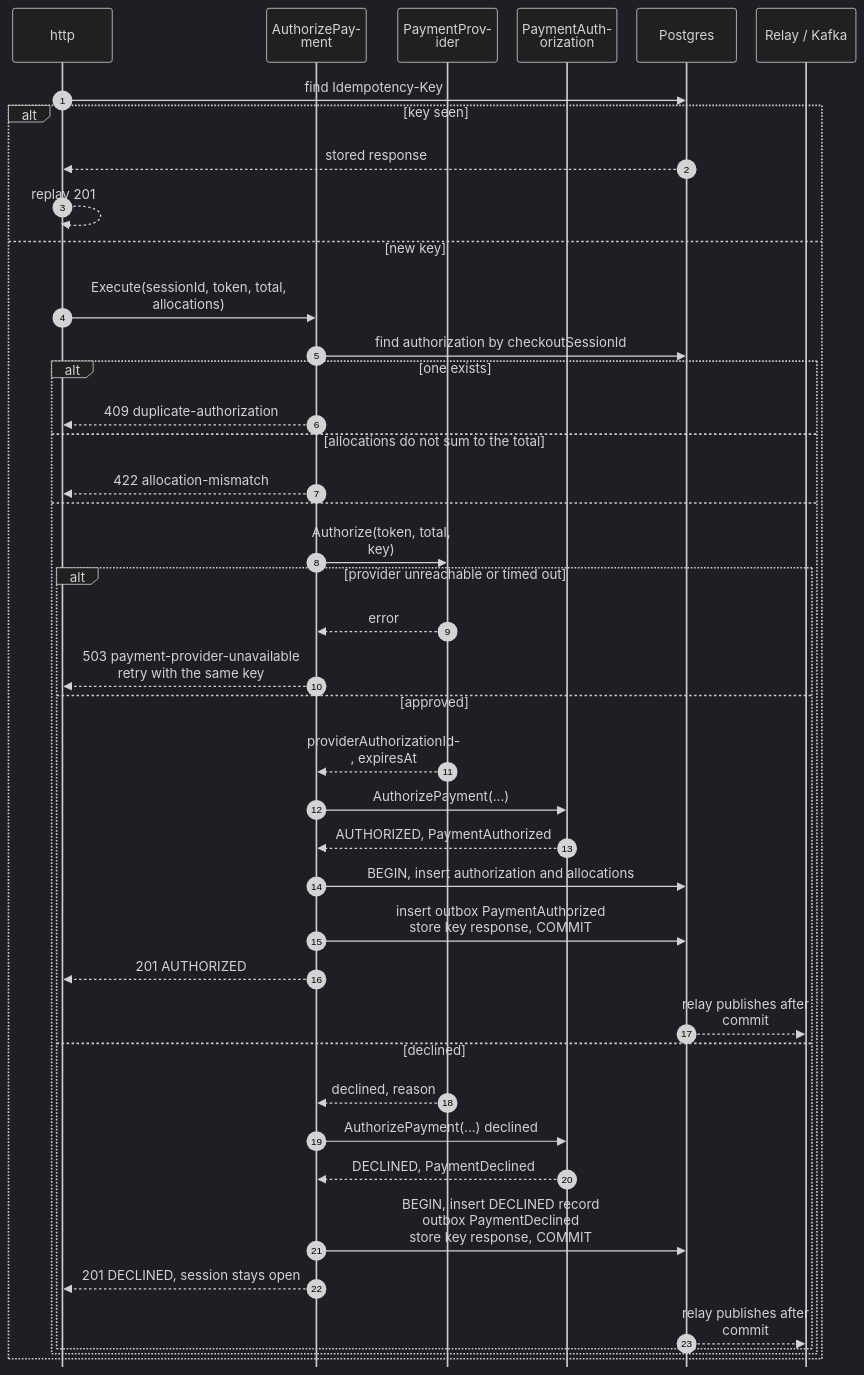
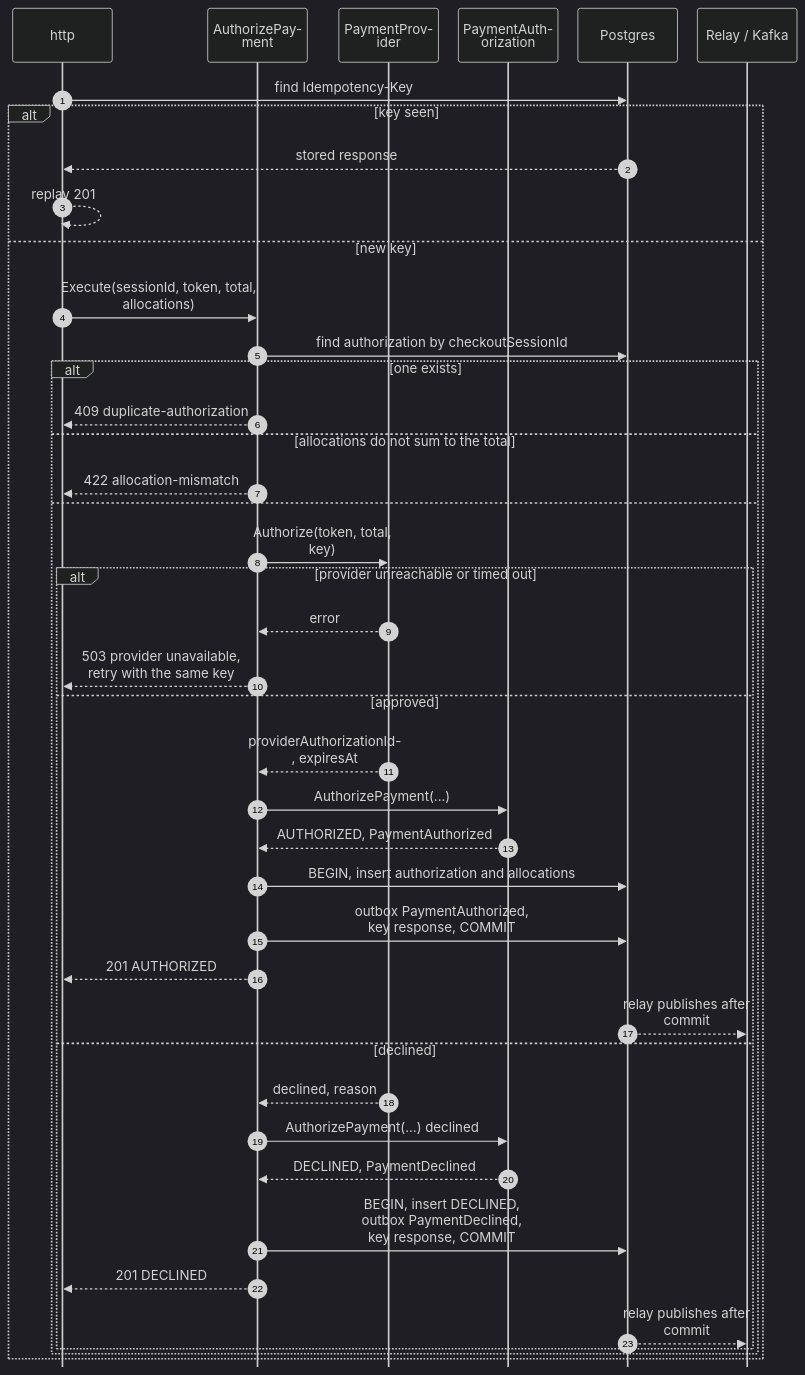
The first of 8 diagrams in storefront/docs/contexts/customer-payments/sequence-diagrams.md (IQVO/warehouse-docs), drawn with Mermaid (dark theme) before and after one commit. The commit also changed other lines of this file and 7 other files, not shown here.

Commit message:
docs(storefront): wire customer-payments pack into sidebar and contexts index; tighten diagram widths

````diff
--- a/storefront/docs/contexts/customer-payments/sequence-diagrams.md
+++ b/storefront/docs/contexts/customer-payments/sequence-diagrams.md
@@ -40,45 +40,45 @@
 ```mermaid
 %%{init: {"sequence": {"wrap": true, "width": 120, "actorMargin": 24, "messageMargin": 28, "boxMargin": 6, "noteMargin": 6, "mirrorActors": false}}}%%
 sequenceDiagram
     autonumber
     participant H as http
     participant UC as AuthorizePayment
     participant P as PaymentProvider
     participant A as PaymentAuthorization
     participant DB as Postgres
     participant K as Relay / Kafka
     H->>DB: find Idempotency-Key
     alt key seen
         DB-->>H: stored response
         H-->>H: replay 201
     else new key
         H->>UC: Execute(sessionId, token, total, allocations)
         UC->>DB: find authorization by checkoutSessionId
         alt one exists
             UC-->>H: 409 duplicate-authorization
         else allocations do not sum to the total
             UC-->>H: 422 allocation-mismatch
         else
             UC->>P: Authorize(token, total, key)
             alt provider unreachable or timed out
                 P-->>UC: error
-                UC-->>H: 503 payment-provider-unavailable<br/>retry with the same key
+                UC-->>H: 503 provider unavailable,<br/>retry with the same key
             else approved
                 P-->>UC: providerAuthorizationId, expiresAt
                 UC->>A: AuthorizePayment(...)
                 A-->>UC: AUTHORIZED, PaymentAuthorized
                 UC->>DB: BEGIN, insert authorization and allocations
-                UC->>DB: insert outbox PaymentAuthorized<br/>store key response, COMMIT
+                UC->>DB: outbox PaymentAuthorized,<br/>key response, COMMIT
                 UC-->>H: 201 AUTHORIZED
                 DB-->>K: relay publishes after commit
             else declined
                 P-->>UC: declined, reason
                 UC->>A: AuthorizePayment(...) declined
                 A-->>UC: DECLINED, PaymentDeclined
-                UC->>DB: BEGIN, insert DECLINED record<br/>outbox PaymentDeclined<br/>store key response, COMMIT
-                UC-->>H: 201 DECLINED, session stays open
+                UC->>DB: BEGIN, insert DECLINED,<br/>outbox PaymentDeclined,<br/>key response, COMMIT
+                UC-->>H: 201 DECLINED
                 DB-->>K: relay publishes after commit
             end
         end
     end
 ```
````
